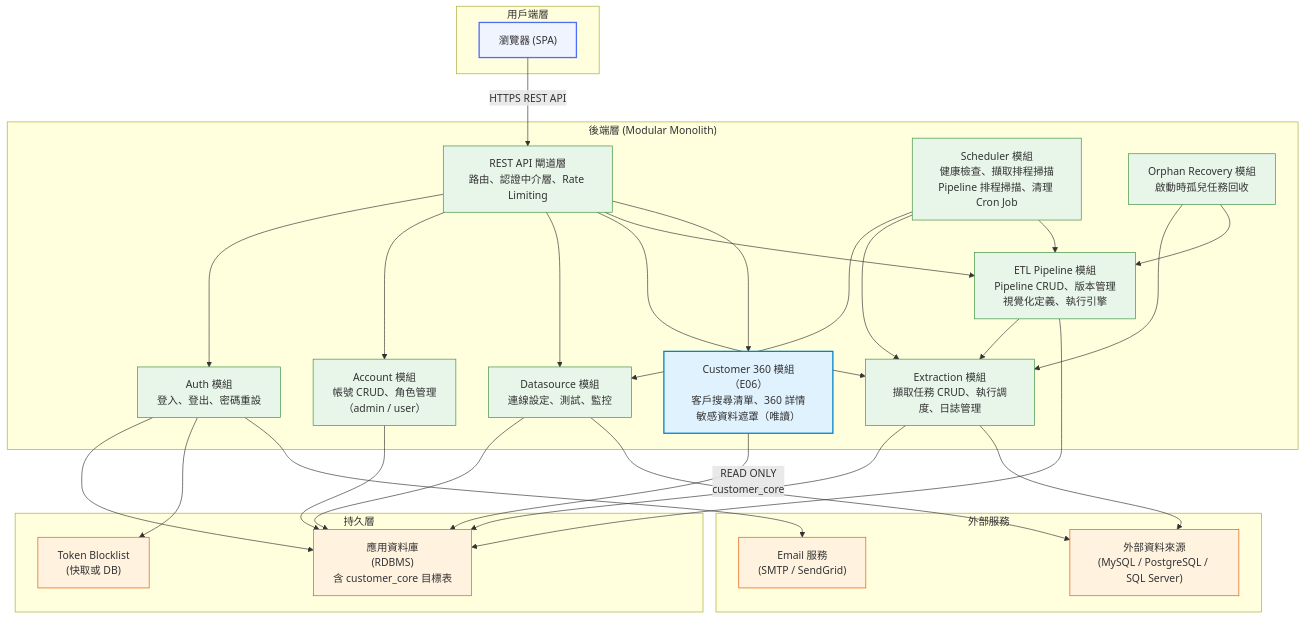
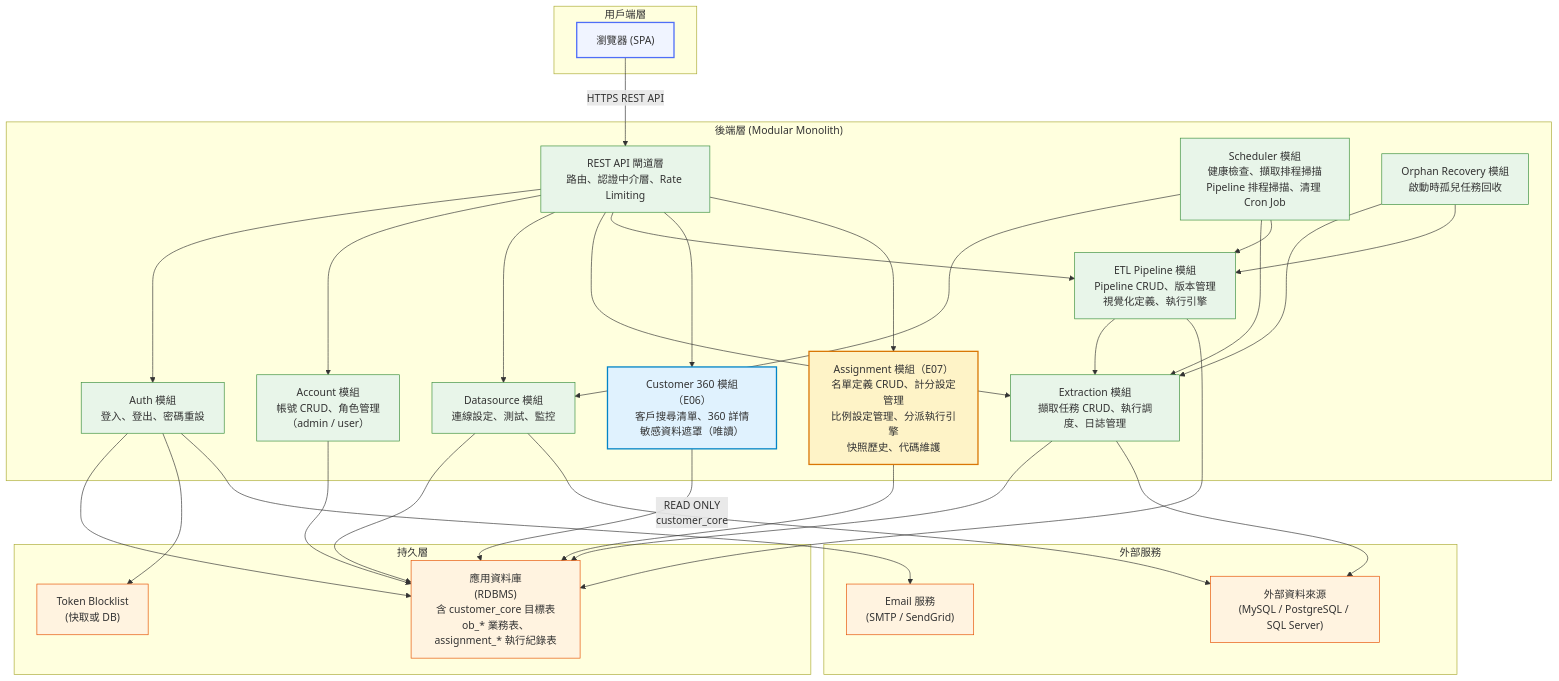
Before and after one commit to wisewhalesoft/cdmp-mvp: the first of 19 diagrams in docs/specs/architecture-spec.md, drawn with Mermaid. The commit also changed other lines of this file and 2 other files, not shown here.

First line of the commit message:
docs(specs): 新增 E07 架構設計與 OB 資料庫遷移至 AppDB

````diff
--- a/docs/specs/architecture-spec.md
+++ b/docs/specs/architecture-spec.md
@@ -42,61 +43,66 @@
 ```mermaid
 graph TD
     subgraph 用戶端["用戶端層"]
         Browser["瀏覽器 (SPA)"]
     end
 
     subgraph 後端["後端層 (Modular Monolith)"]
         API["REST API 閘道層<br/>路由、認證中介層、Rate Limiting"]
         AuthMod["Auth 模組<br/>登入、登出、密碼重設"]
         AccountMod["Account 模組<br/>帳號 CRUD、角色管理<br/>（admin / user）"]
         DatasourceMod["Datasource 模組<br/>連線設定、測試、監控"]
         ExtractionMod["Extraction 模組<br/>擷取任務 CRUD、執行調度、日誌管理"]
         ETLMod["ETL Pipeline 模組<br/>Pipeline CRUD、版本管理<br/>視覺化定義、執行引擎"]
         C360Mod["Customer 360 模組（E06）<br/>客戶搜尋清單、360 詳情<br/>敏感資料遮罩（唯讀）"]
+        AssignmentMod["Assignment 模組（E07）<br/>名單定義 CRUD、計分設定管理<br/>比例設定管理、分派執行引擎<br/>快照歷史、代碼維護"]
         Scheduler["Scheduler 模組<br/>健康檢查、擷取排程掃描<br/>Pipeline 排程掃描、清理 Cron Job"]
         OrphanRecoveryMod["Orphan Recovery 模組<br/>啟動時孤兒任務回收"]
     end
 
     subgraph 持久層["持久層"]
-        AppDB["應用資料庫<br/>(RDBMS)<br/>含 customer_core 目標表"]
+        AppDB["應用資料庫<br/>(RDBMS)<br/>含 customer_core 目標表<br/>ob_* 業務表、assignment_* 執行紀錄表"]
         TokenStore["Token Blocklist<br/>(快取或 DB)"]
     end
 
     subgraph 外部["外部服務"]
         Email["Email 服務<br/>(SMTP / SendGrid)"]
         TargetDB["外部資料來源<br/>(MySQL / PostgreSQL / SQL Server)"]
     end
 
     Browser -->|"HTTPS REST API"| API
     API --> AuthMod
     API --> AccountMod
     API --> DatasourceMod
     API --> ExtractionMod
     API --> ETLMod
     API --> C360Mod
+    API --> AssignmentMod
+    AssignmentMod --> AppDB
     Scheduler --> DatasourceMod
     Scheduler --> ExtractionMod
     Scheduler --> ETLMod
     OrphanRecoveryMod --> ExtractionMod
     OrphanRecoveryMod --> ETLMod
     ETLMod --> ExtractionMod
     AuthMod --> AppDB
     AuthMod --> TokenStore
     AuthMod --> Email
     AccountMod --> AppDB
     DatasourceMod --> AppDB
     DatasourceMod --> TargetDB
     ExtractionMod --> AppDB
     ExtractionMod --> TargetDB
     ETLMod --> AppDB
     C360Mod -->|"READ ONLY<br/>customer_core"| AppDB
 
     classDef layer fill:#f0f4ff,stroke:#4f6ef7,stroke-width:2px
     classDef module fill:#e8f5e9,stroke:#388e3c,stroke-width:1px
     classDef c360module fill:#e0f2fe,stroke:#0284c7,stroke-width:2px
     classDef external fill:#fff3e0,stroke:#e65100,stroke-width:1px
     class Browser layer
+    classDef assignmentmodule fill:#fef3c7,stroke:#d97706,stroke-width:2px
     class API,AuthMod,AccountMod,DatasourceMod,ExtractionMod,ETLMod,Scheduler,OrphanRecoveryMod module
     class C360Mod c360module
+    class AssignmentMod assignmentmodule
     class Email,TargetDB,AppDB,TokenStore external
 ```
````
